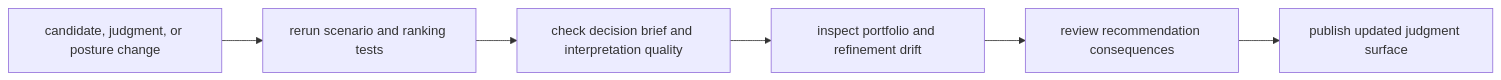
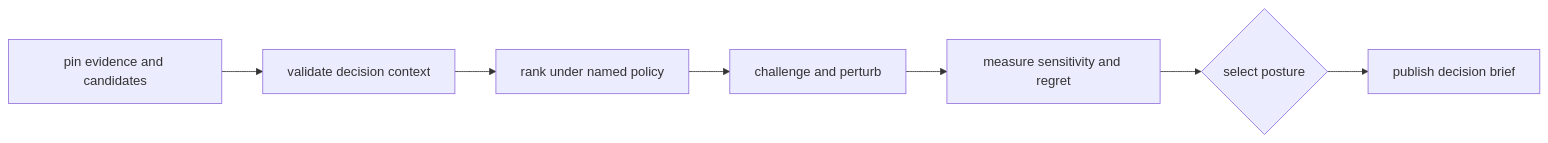
Before and after one commit to bijux/bijux-proteomics: the diagram in docs/05-bijux-proteomics-intelligence/operations/index.md, drawn with Mermaid. The commit also changed other lines of this file and 3 other files, not shown here.

````diff
--- a/docs/05-bijux-proteomics-intelligence/operations/index.md
+++ b/docs/05-bijux-proteomics-intelligence/operations/index.md
@@ -17,11 +17,9 @@
 ```mermaid
 flowchart LR
-    policy["candidate, judgment, or posture change"]
-    scenarios["rerun scenario and ranking tests"]
-    explain["check decision brief and interpretation quality"]
-    drift["inspect portfolio and refinement drift"]
-    review["review recommendation consequences"]
-    release["publish updated judgment surface"]
-
-    policy --> scenarios --> explain --> drift --> review --> release
+    I["pin evidence and candidates"] --> V["validate decision context"]
+    V --> R["rank under named policy"]
+    R --> C["challenge and perturb"]
+    C --> S["measure sensitivity and regret"]
+    S --> P{"select posture"}
+    P --> B["publish decision brief"]
 ```
````
